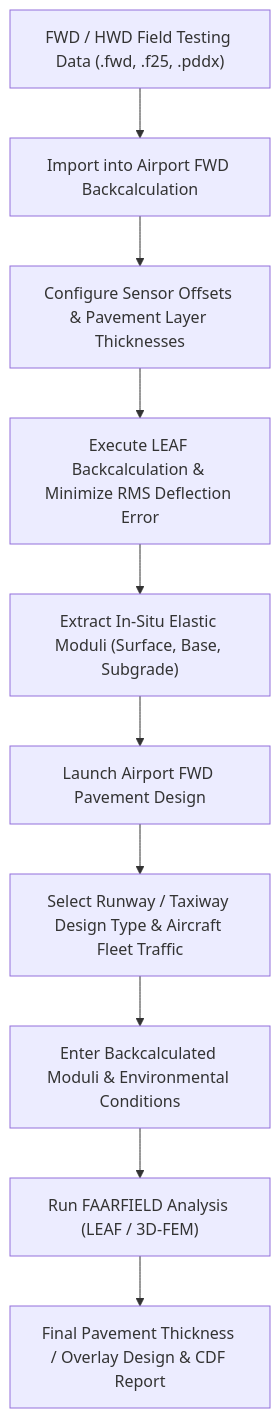
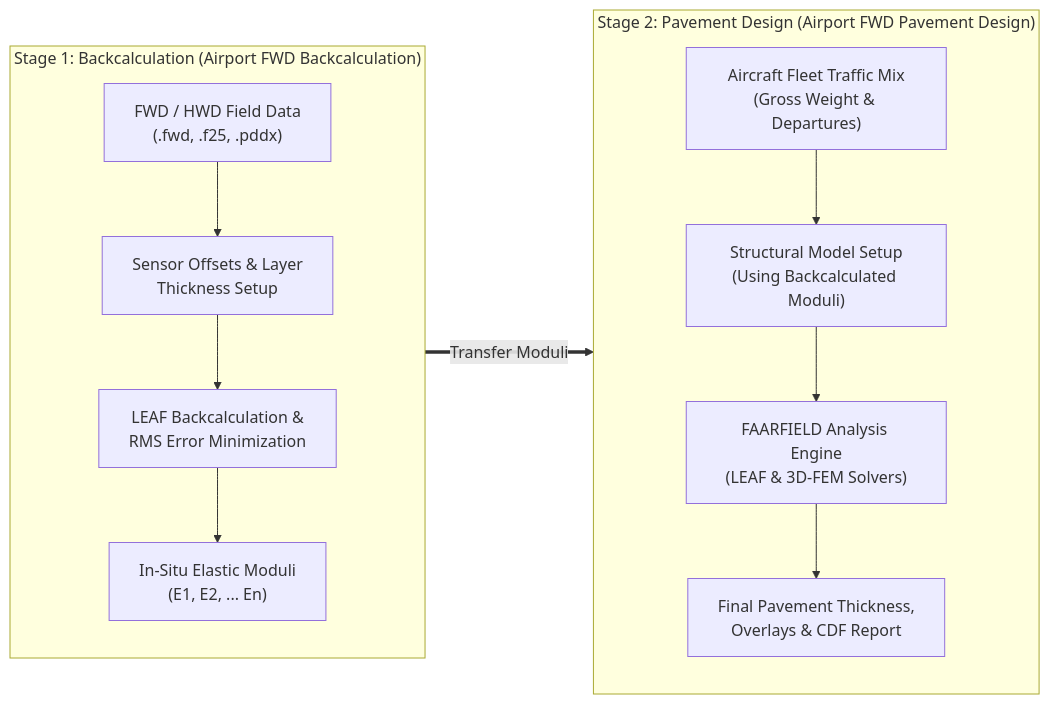
One commit to sahilyadav-01/airport-fwd-data-analyzer changed the diagram in README.md. Above: the diagram before and after it, drawn with Mermaid. The commit also changed 1 other file, not shown here.

Commit message:
docs: update engineering workflow diagram in README and refresh checksum

````diff
--- a/README.md
+++ b/README.md
@@ -139,12 +139,18 @@
 ```mermaid
-flowchart TD
-    A["FWD / HWD Field Testing Data (.fwd, .f25, .pddx)"] --> B["Import into Airport FWD Backcalculation"]
-    B --> C["Configure Sensor Offsets & Pavement Layer Thicknesses"]
-    C --> D["Execute LEAF Backcalculation & Minimize RMS Deflection Error"]
-    D --> E["Extract In-Situ Elastic Moduli (Surface, Base, Subgrade)"]
-    E --> F["Launch Airport FWD Pavement Design"]
-    F --> G["Select Runway / Taxiway Design Type & Aircraft Fleet Traffic"]
-    G --> H["Enter Backcalculated Moduli & Environmental Conditions"]
-    H --> I["Run FAARFIELD Analysis (LEAF / 3D-FEM)"]
-    I --> J["Final Pavement Thickness / Overlay Design & CDF Report"]
+flowchart LR
+    subgraph S1 ["Stage 1: Backcalculation (Airport FWD Backcalculation)"]
+        direction TB
+        A["FWD / HWD Field Data<br/>(.fwd, .f25, .pddx)"] --> B["Sensor Offsets & Layer<br/>Thickness Setup"]
+        B --> C["LEAF Backcalculation &<br/>RMS Error Minimization"]
+        C --> D["In-Situ Elastic Moduli<br/>(E1, E2, ... En)"]
+    end
+
+    subgraph S2 ["Stage 2: Pavement Design (Airport FWD Pavement Design)"]
+        direction TB
+        E["Aircraft Fleet Traffic Mix<br/>(Gross Weight & Departures)"] --> F["Structural Model Setup<br/>(Using Backcalculated Moduli)"]
+        F --> G["FAARFIELD Analysis Engine<br/>(LEAF & 3D-FEM Solvers)"]
+        G --> H["Final Pavement Thickness,<br/>Overlays & CDF Report"]
+    end
+
+    D ==>|"Transfer Moduli"| F
 ```
````
